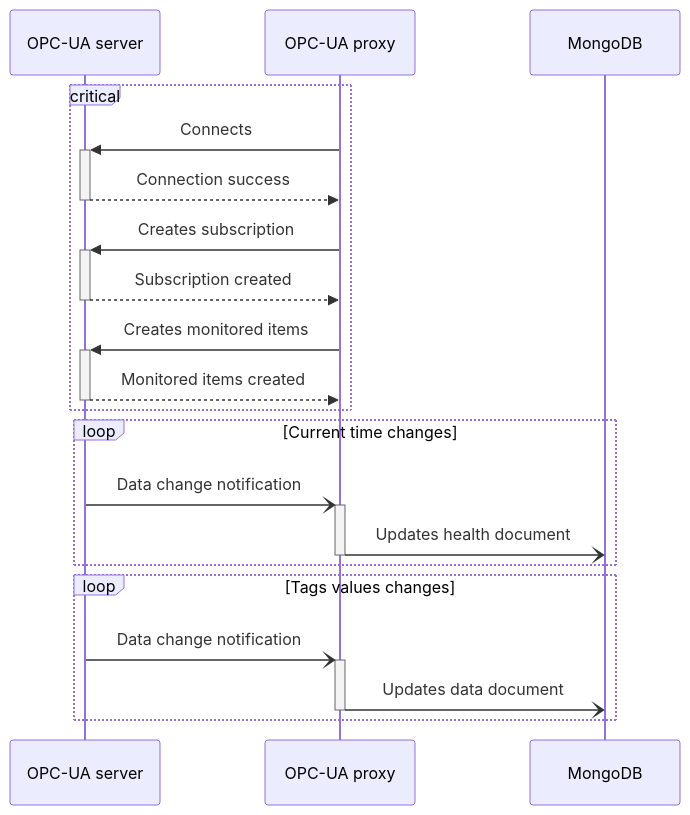
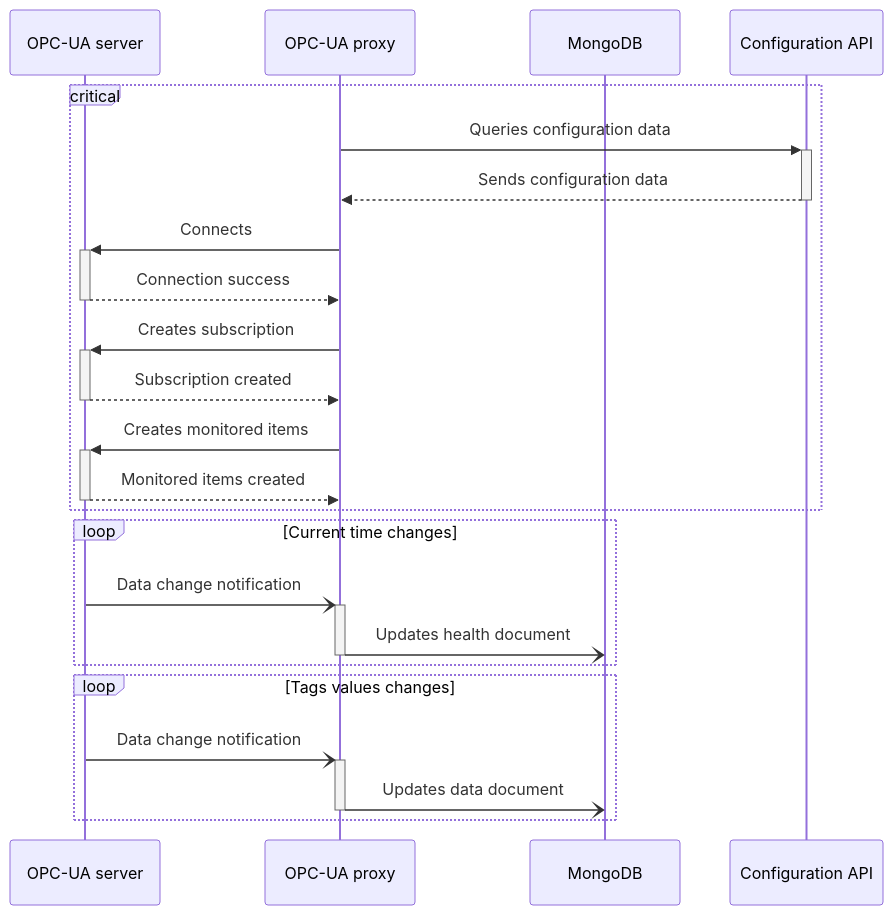
Before and after one commit to cailloumajor/opcua-proxy: the diagram in README.md, drawn with Mermaid.

Commit message:
chore: add configuration API communication to graph

````diff
--- a/README.md
+++ b/README.md
@@ -69,22 +69,25 @@
 ```mermaid
 sequenceDiagram
     participant OPCServer as OPC-UA server
     participant Proxy as OPC-UA proxy
     participant MongoDB
+    participant ConfigAPI as Configuration API
     critical
+        Proxy->>+ConfigAPI: Queries configuration data
+        ConfigAPI-->>-Proxy: Sends configuration data
         Proxy->>+OPCServer: Connects
         OPCServer-->>-Proxy: Connection success
         Proxy->>+OPCServer: Creates subscription
         OPCServer-->>-Proxy: Subscription created
         Proxy->>+OPCServer: Creates monitored items
         OPCServer-->>-Proxy: Monitored items created
     end
     loop Current time changes
         OPCServer-)+Proxy: Data change notification
         Proxy-)-MongoDB: Updates health document
     end
     loop Tags values changes
         OPCServer-)+Proxy: Data change notification
         Proxy-)-MongoDB: Updates data document
     end
 ```
````
